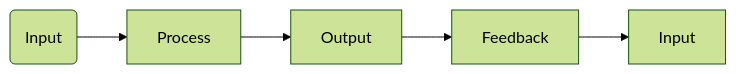
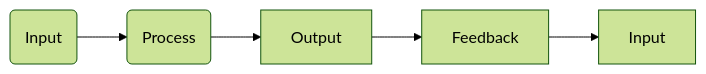
The first of 3 diagrams in src/site/notes/CARDS/New Notes/Cognitive Functions.md (Heart4sides/DigitalGarden), drawn with Mermaid (forest theme) before and after one commit.

Commit message:
Update content src/site/notes/CARDS/New Notes/Cognitive Functions.md

````diff
--- a/src/site/notes/CARDS/New Notes/Cognitive Functions.md
+++ b/src/site/notes/CARDS/New Notes/Cognitive Functions.md
@@ -17,7 +17,9 @@
 ```mermaid
 
 graph LR; 
 a(Input)
-a --> Process --> Output --> Feedback --> Input
+b(Process)
+a --> b --> Output --> Feedback --> Input
 click a "obsidian://open?vault=Obsidian%20Vault&file=Input"
+click b "https://www.youtube.com/"
 ```
````
